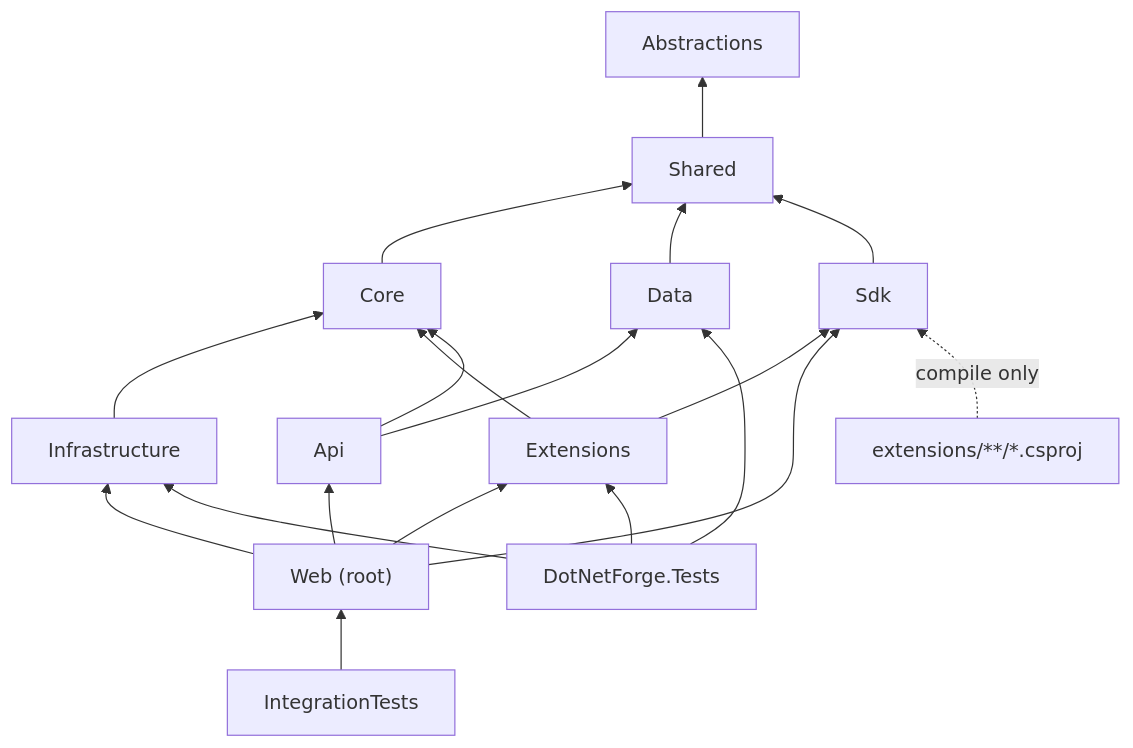
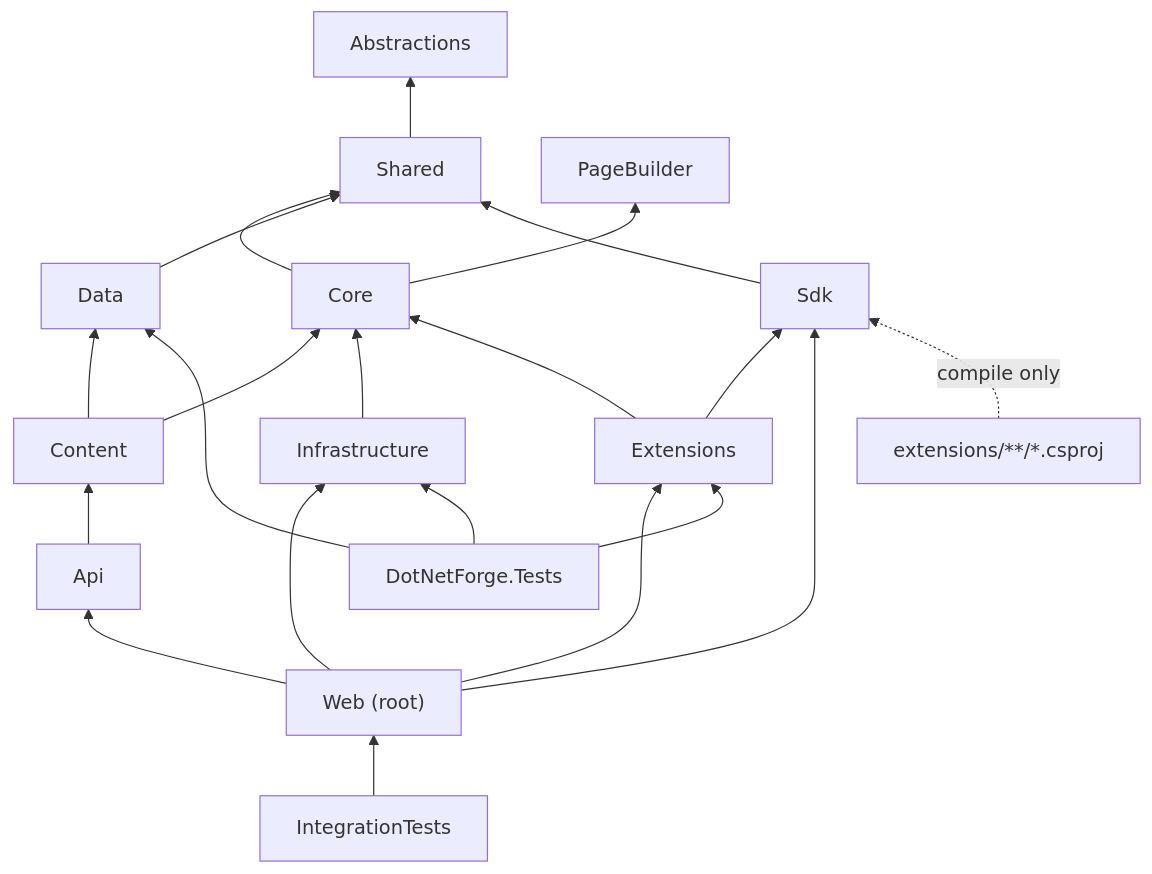
One commit to Albadit/DotNetForge changed the diagram in .docs/architecture/dependencies.md. Above: the diagram before and after it, drawn with Mermaid. The commit also changed other lines of this file and 306 other files, not shown here.

Commit message:
add: content manager, content types and api endpoints

````diff
--- a/.docs/architecture/dependencies.md
+++ b/.docs/architecture/dependencies.md
@@ -24,17 +25,19 @@
 ```mermaid
 flowchart BT
     Abs[Abstractions]
     Shared --> Abs
     Core --> Shared
+    Core --> PB[PageBuilder]
     Data --> Shared
+    Cnt[Content] --> Core
+    Cnt --> Data
     Infra[Infrastructure] --> Core
     Sdk --> Shared
     Ext[Extensions] --> Core
     Ext --> Sdk
-    Api --> Core
-    Api --> Data
+    Api --> Cnt
     Web["Web (root)"] --> Api & Ext & Infra & Sdk
     ExtProj["extensions/**/*.csproj"] -. compile only .-> Sdk
     Tests[DotNetForge.Tests] --> Infra & Ext & Data
     IT[IntegrationTests] --> Web
 ```
````
